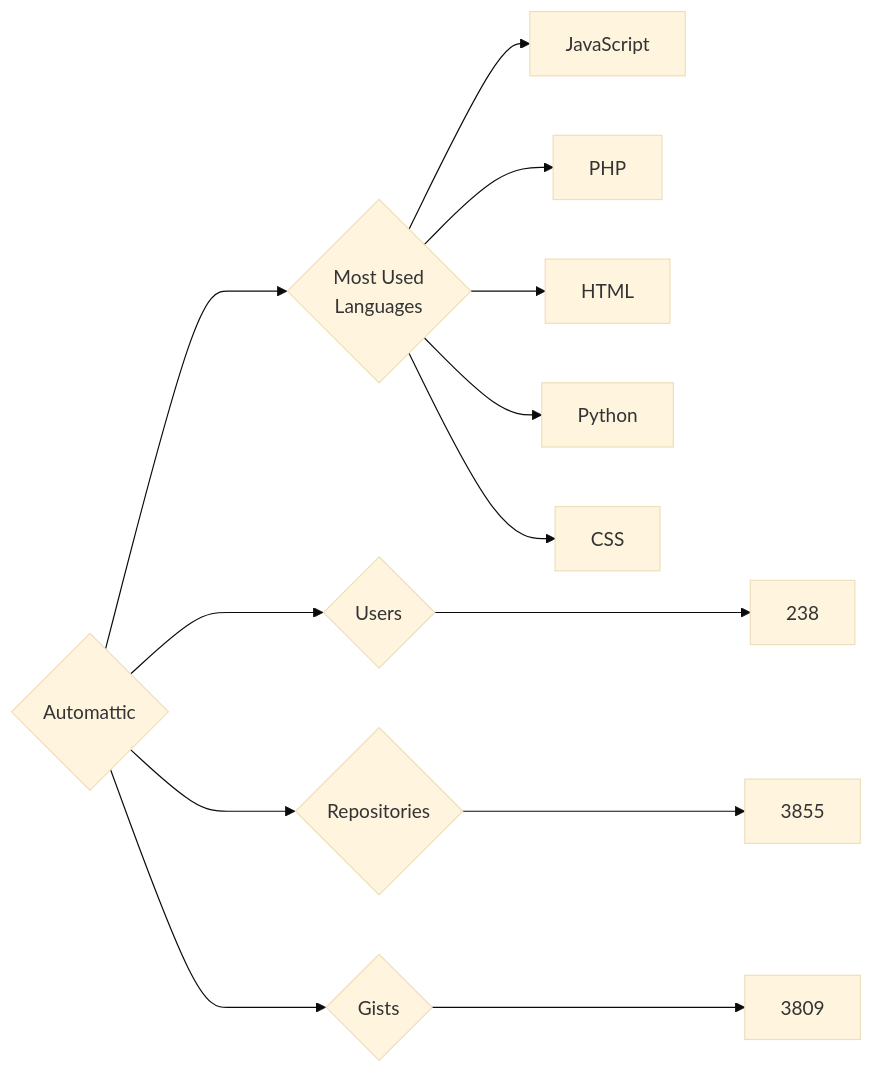
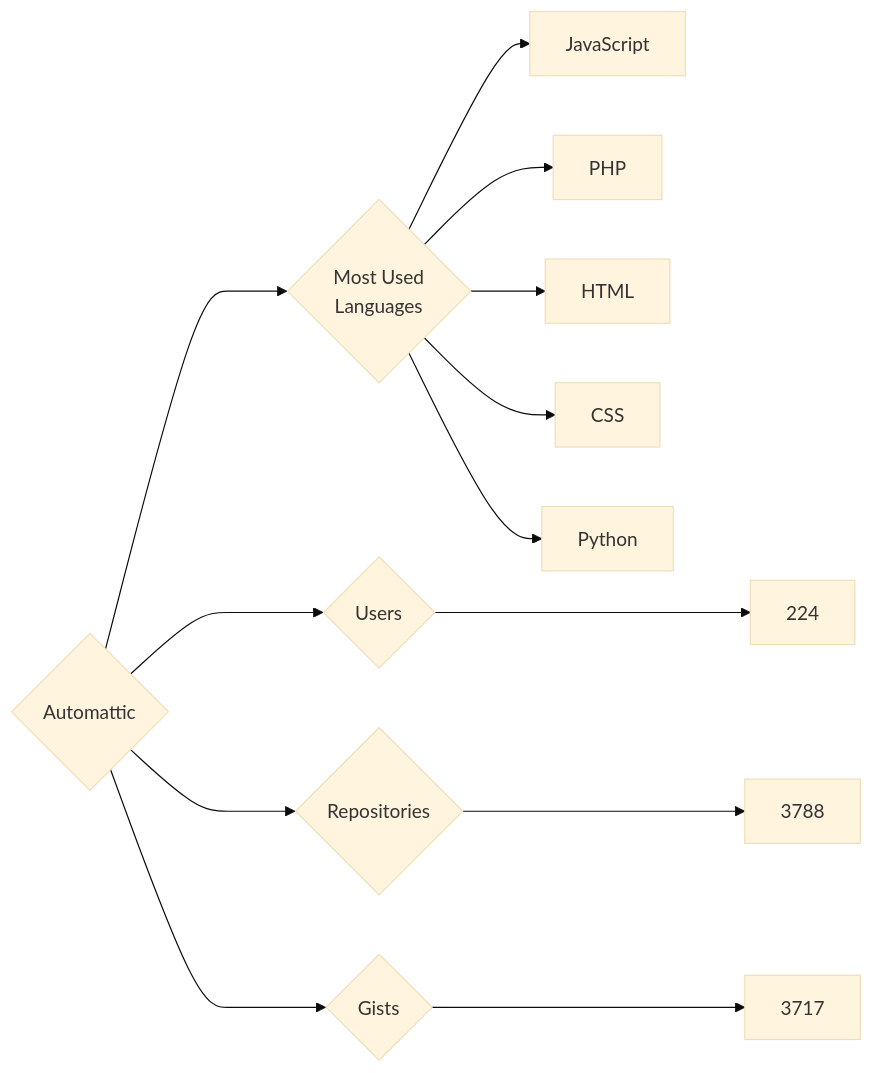
Before and after one commit to trickest/insiders: the diagram in targets/Automattic/README.md, drawn with Mermaid (base theme). The commit also changed 930 other files, not shown here.

````diff
--- a/targets/Automattic/README.md
+++ b/targets/Automattic/README.md
@@ -3,13 +3,13 @@
 ```mermaid
 graph LR
 COMPANY_NAME{Automattic}
-COMPANY_NAME ---> U{Users} ---> UN[238]
-COMPANY_NAME ---> R{Repositories} ---> RN[3855]
-COMPANY_NAME ---> G{Gists} ---> GN[3809]
+COMPANY_NAME ---> U{Users} ---> UN[224]
+COMPANY_NAME ---> R{Repositories} ---> RN[3788]
+COMPANY_NAME ---> G{Gists} ---> GN[3717]
 COMPANY_NAME ---> ML{Most Used<br>Languages}
 ML --> JavaScript[JavaScript]
 ML --> PHP[PHP]
 ML --> HTML[HTML]
+ML --> CSS[CSS]
 ML --> Python[Python]
-ML --> CSS[CSS]
 ```
````
